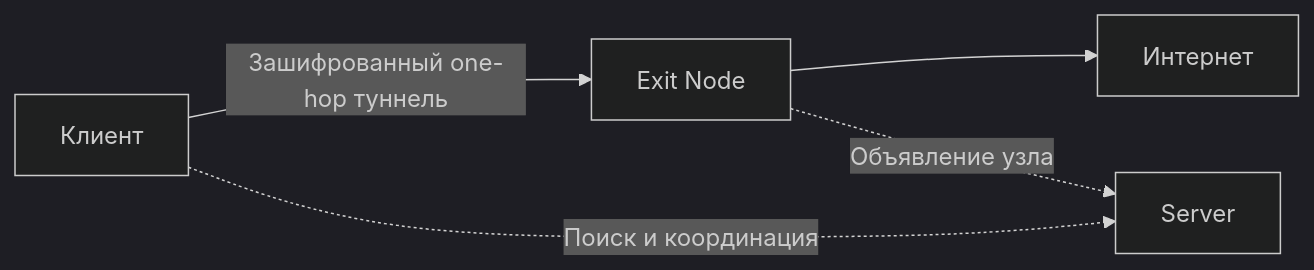
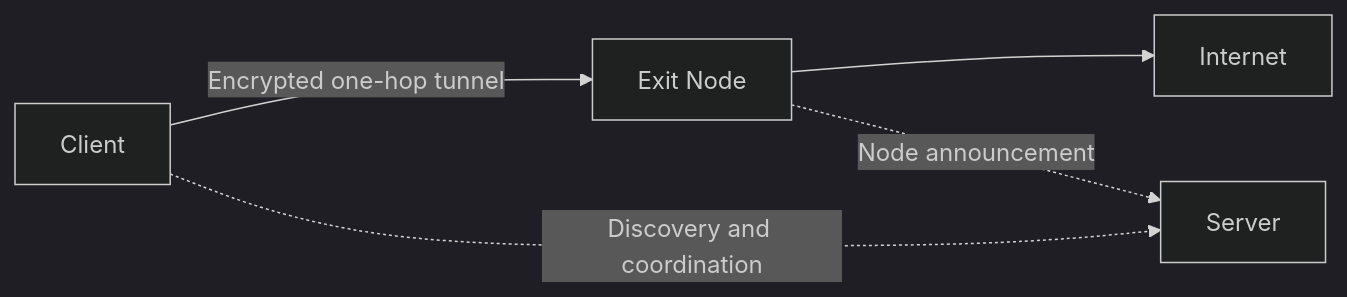
The diagram in README.md (Irviodotnet/Irvio), drawn with Mermaid (dark theme) before and after one commit. The commit also changed other lines of this file, not shown here.

````diff
--- a/README.md
+++ b/README.md
@@ -49,7 +55,7 @@
 ```mermaid
 flowchart LR
-    C[Клиент] -->|Зашифрованный one-hop туннель| E[Exit Node]
-    E --> I[Интернет]
-    C -. Поиск и координация .-> S[Server]
-    E -. Объявление узла .-> S
+    C[Client] -->|Encrypted one-hop tunnel| E[Exit Node]
+    E --> I[Internet]
+    C -. Discovery and coordination .-> S[Server]
+    E -. Node announcement .-> S
 ```
````
